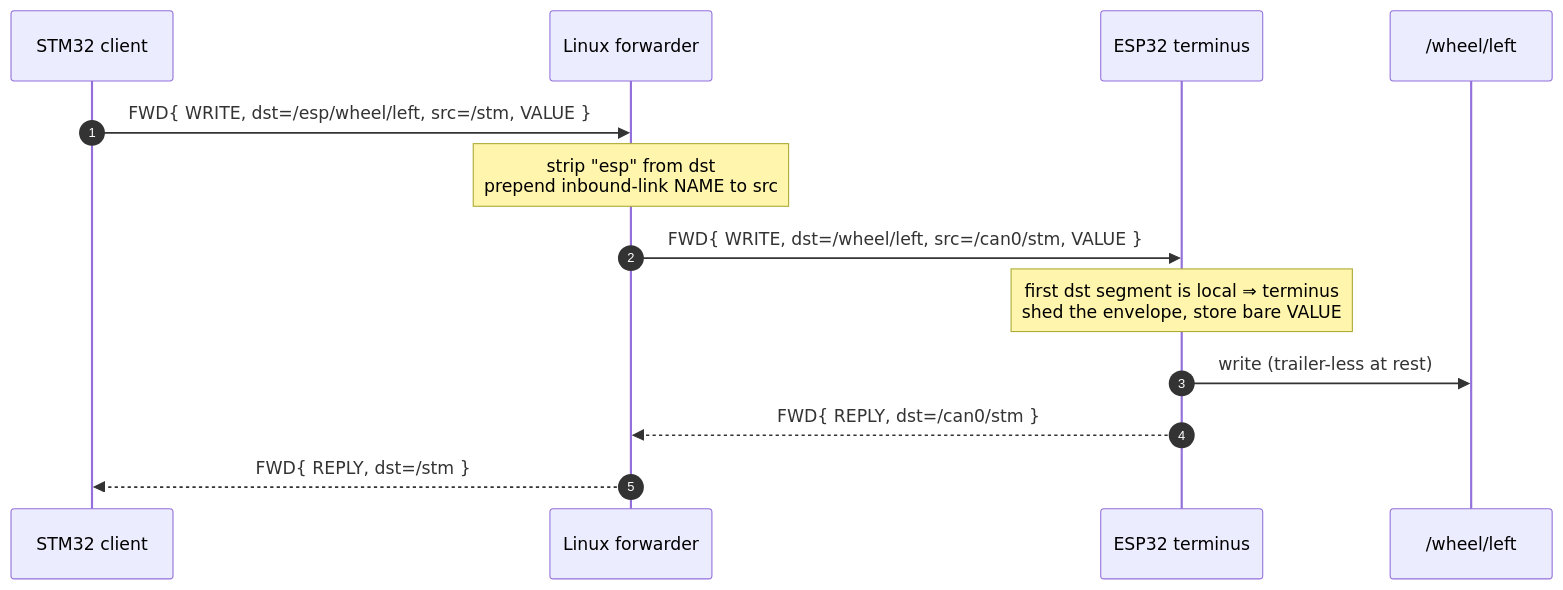
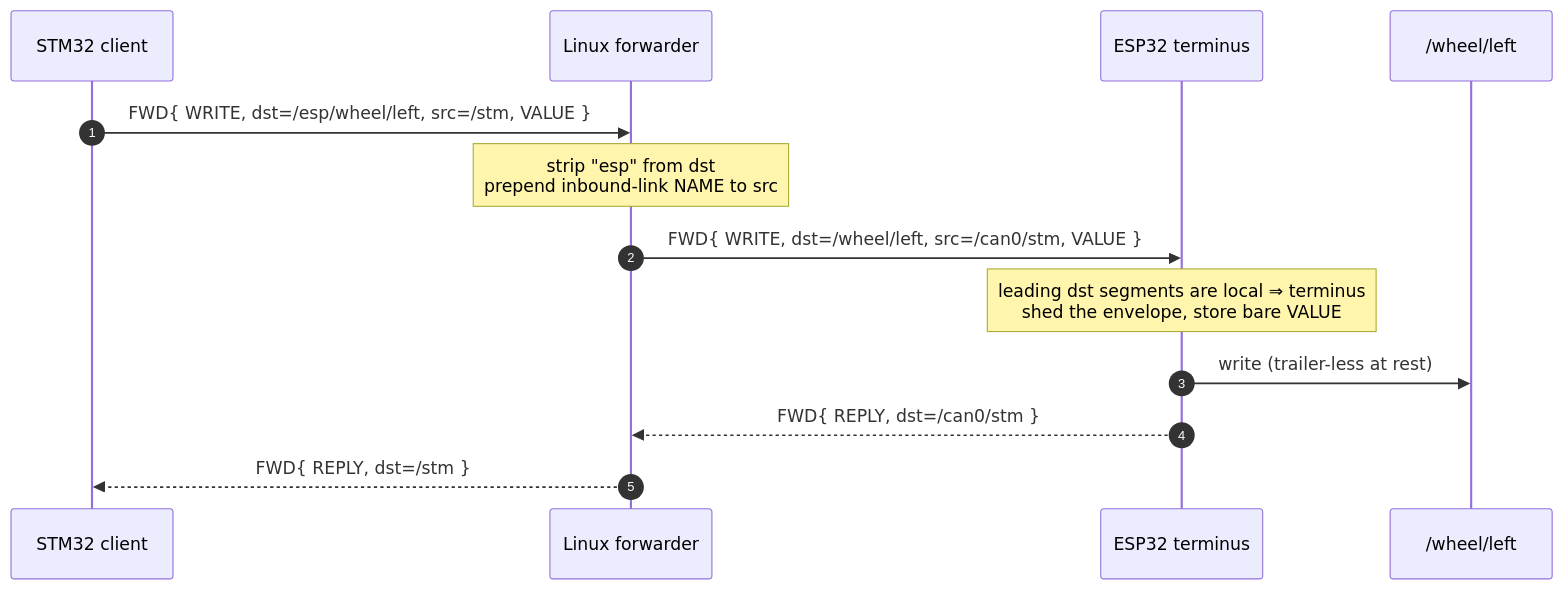
The third of 3 diagrams in docs/reference/02-graph-model.md (avatarsd-llc/libtracer), drawn with Mermaid before and after one commit. The commit also changed other lines of this file and 12 other files, not shown here.

````diff
--- a/docs/reference/02-graph-model.md
+++ b/docs/reference/02-graph-model.md
@@ -689,16 +689,16 @@
 ```mermaid
 sequenceDiagram
     autonumber
     participant STM as STM32 client
     participant LB as Linux forwarder
     participant ESP as ESP32 terminus
     participant V as /wheel/left
 
     STM->>LB: FWD{ WRITE, dst=/esp/wheel/left, src=/stm, VALUE }
     Note over LB: strip "esp" from dst<br/>prepend inbound-link NAME to src
     LB->>ESP: FWD{ WRITE, dst=/wheel/left, src=/can0/stm, VALUE }
-    Note over ESP: first dst segment is local ⇒ terminus<br/>shed the envelope, store bare VALUE
+    Note over ESP: leading dst segments are local ⇒ terminus<br/>shed the envelope, store bare VALUE
     ESP->>V: write (trailer-less at rest)
     ESP-->>LB: FWD{ REPLY, dst=/can0/stm }
     LB-->>STM: FWD{ REPLY, dst=/stm }
 ```
````
